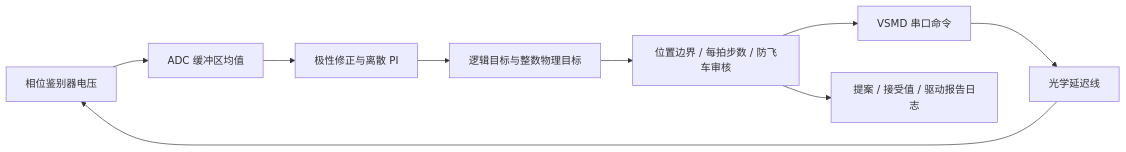
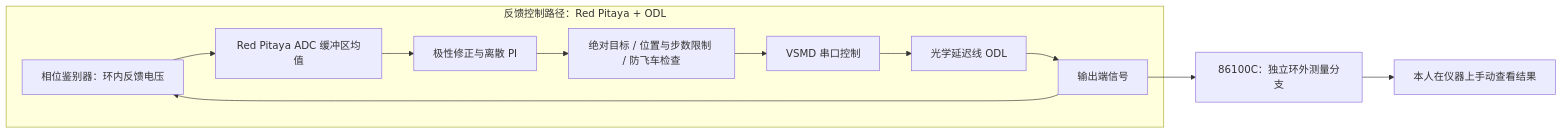
The diagram in README.md (yunyunhuaihuai/Phase_Stabilization_PI), drawn with Mermaid before and after one commit. The commit also changed other lines of this file and 6 other files, not shown here.

````diff
--- a/README.md
+++ b/README.md
@@ -7,11 +7,14 @@
 ```mermaid
 flowchart LR
-    A[相位鉴别器电压] --> B[ADC 缓冲区均值]
-    B --> C[极性修正与离散 PI]
-    C --> D[逻辑目标与整数物理目标]
-    D --> E[位置边界 / 每拍步数 / 防飞车审核]
-    E --> F[VSMD 串口命令]
-    F --> G[光学延迟线]
-    G --> A
-    E --> H[提案 / 接受值 / 驱动报告日志]
+    subgraph Feedback[反馈控制路径：Red Pitaya + ODL]
+        A[相位鉴别器：环内反馈电压] --> B[Red Pitaya ADC 缓冲区均值]
+        B --> C[极性修正与离散 PI]
+        C --> D[绝对目标 / 位置与步数限制 / 防飞车检查]
+        D --> E[VSMD 串口控制]
+        E --> F[光学延迟线 ODL]
+        F --> G[输出端信号]
+        G --> A
+    end
+    G --> H[86100C：独立环外测量分支]
+    H --> I[本人在仪器上手动查看结果]
 ```
````
